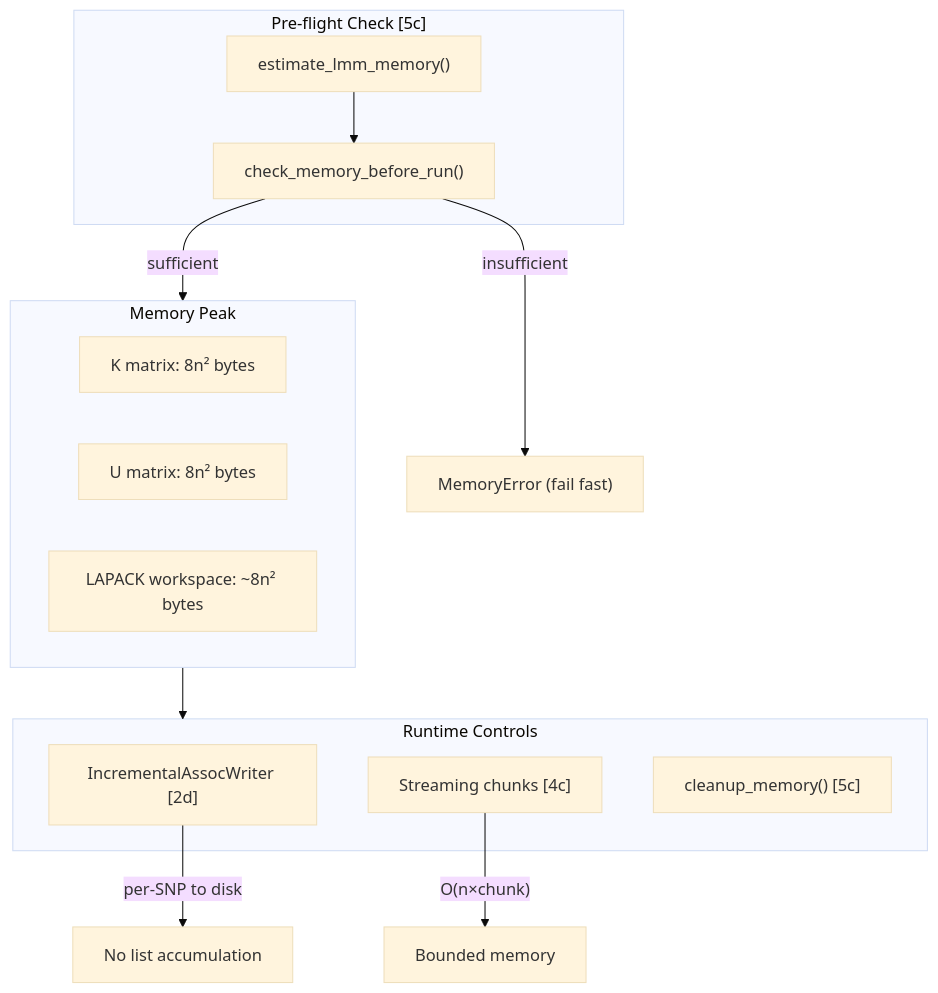
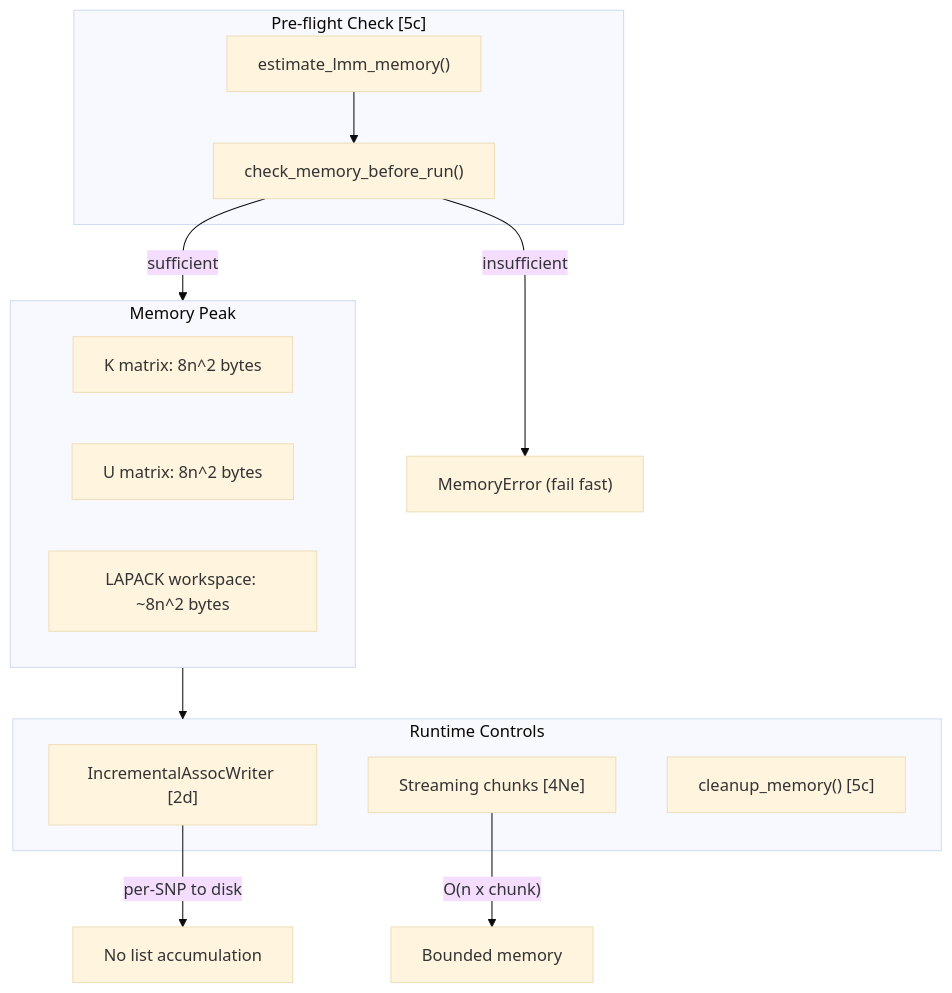
The fourth of 5 diagrams in docs/CODEMAP.md (michael-denyer/jamma), drawn with Mermaid (base theme) before and after one commit. The commit also changed other lines of this file and 136 other files, not shown here.

First line of the commit message:
refactor: strip JAX and own-BLAS, simplify to NumPy-only architecture

````diff
--- a/docs/CODEMAP.md
+++ b/docs/CODEMAP.md
@@ -405,26 +348,26 @@
 ```mermaid
 flowchart TD
     subgraph Preflight["Pre-flight Check [5c]"]
         EST["estimate_lmm_memory()"]
         CHK["check_memory_before_run()"]
     end
 
     subgraph Peak["Memory Peak"]
-        KM["K matrix: 8n² bytes"]
-        UM["U matrix: 8n² bytes"]
-        WS["LAPACK workspace: ~8n² bytes"]
+        KM["K matrix: 8n^2 bytes"]
+        UM["U matrix: 8n^2 bytes"]
+        WS["LAPACK workspace: ~8n^2 bytes"]
     end
 
     subgraph Runtime["Runtime Controls"]
         INC["IncrementalAssocWriter [2d]"]
-        STR["Streaming chunks [4c]"]
+        STR["Streaming chunks [4Ne]"]
         CLN["cleanup_memory() [5c]"]
     end
 
     EST --> CHK
     CHK -->|"insufficient"| FAIL["MemoryError (fail fast)"]
     CHK -->|"sufficient"| Peak
     Peak --> Runtime
     INC -->|"per-SNP to disk"| DISK["No list accumulation"]
-    STR -->|"O(n×chunk)"| LOW["Bounded memory"]
+    STR -->|"O(n x chunk)"| LOW["Bounded memory"]
 ```
````
